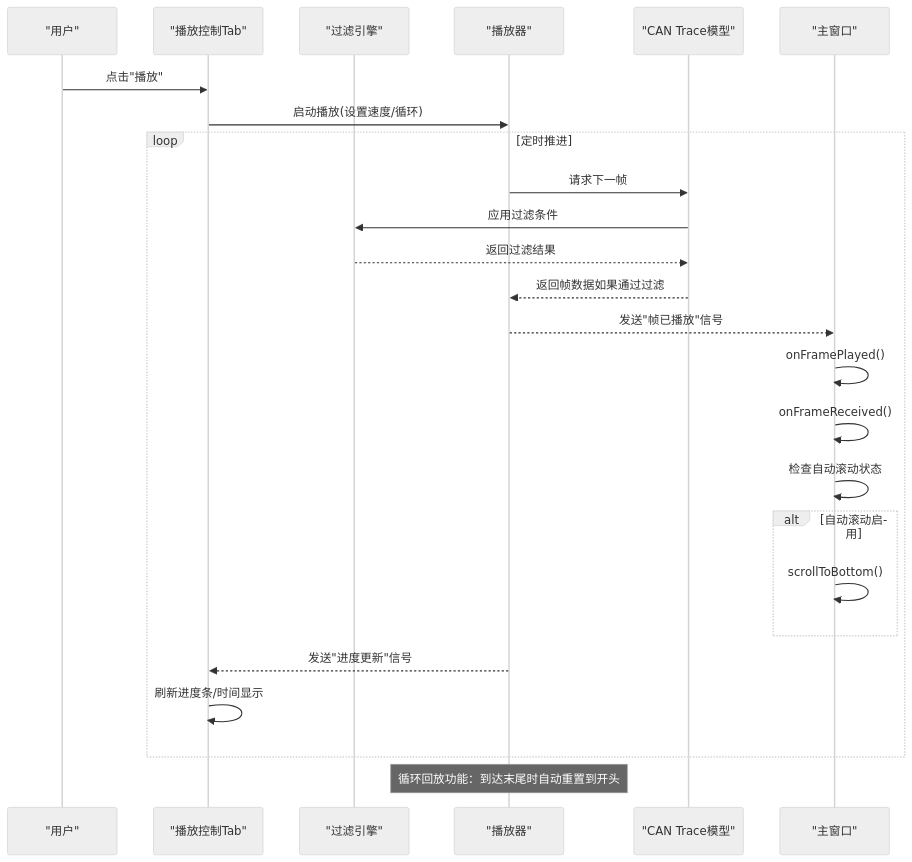
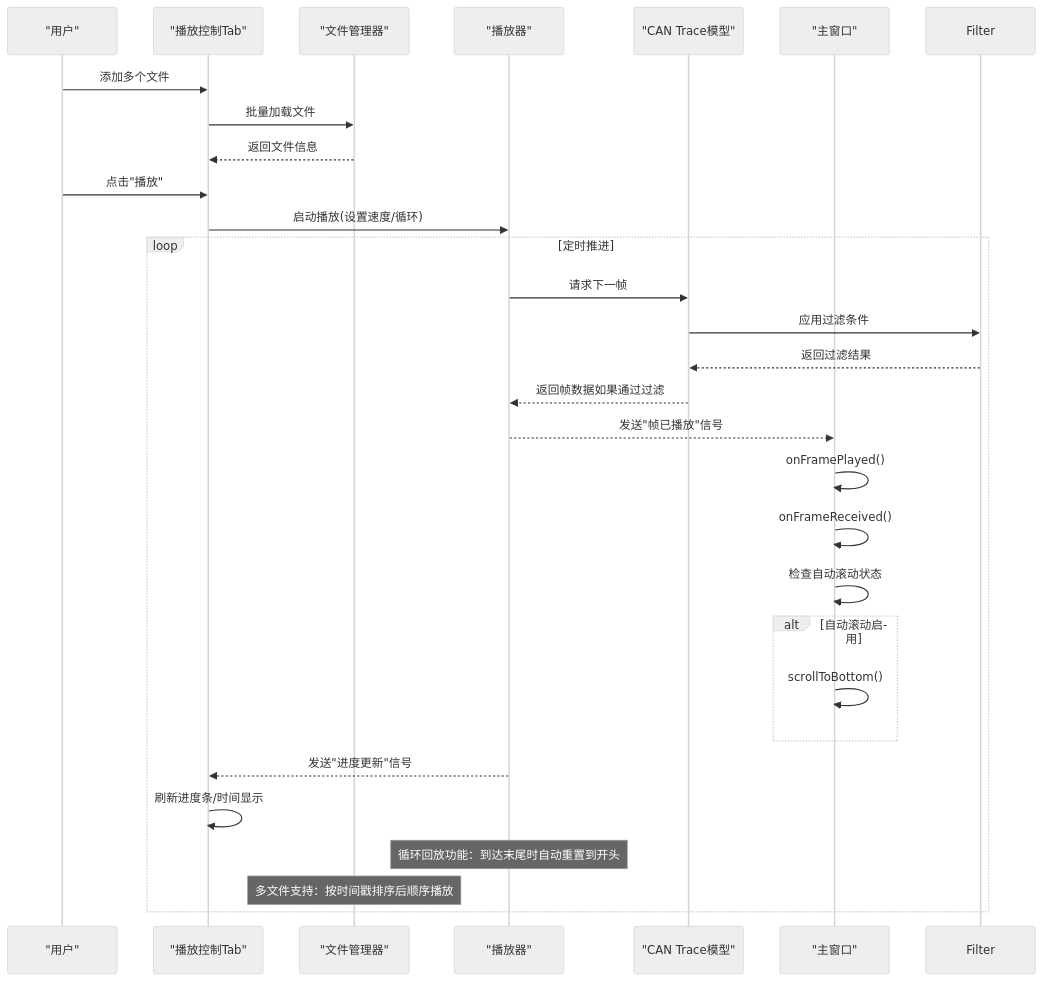
Before and after one commit to jakecai1225-design/OpenBus: the second of 7 diagrams in .qoder/repowiki/zh/content/架构设计/UI系统设计/播放控制Tab组件.md, drawn with Mermaid (neutral theme). The commit also changed other lines of this file and 15 other files, not shown here.

````diff
--- a/.qoder/repowiki/zh/content/架构设计/UI系统设计/播放控制Tab组件.md
+++ b/.qoder/repowiki/zh/content/架构设计/UI系统设计/播放控制Tab组件.md
@@ -131,27 +141,31 @@
 ```mermaid
 sequenceDiagram
 participant User as "用户"
 participant Tab as "播放控制Tab"
-participant Filter as "过滤引擎"
+participant FileMgr as "文件管理器"
 participant Player as "播放器"
 participant Model as "CAN Trace模型"
 participant MainWindow as "主窗口"
+User->>Tab : 添加多个文件
+Tab->>FileMgr : 批量加载文件
+FileMgr-->>Tab : 返回文件信息
 User->>Tab : 点击"播放"
 Tab->>Player : 启动播放(设置速度/循环)
 loop 定时推进
 Player->>Model : 请求下一帧
 Model->>Filter : 应用过滤条件
 Filter-->>Model : 返回过滤结果
 Model-->>Player : 返回帧数据如果通过过滤
 Player-->>MainWindow : 发送"帧已播放"信号
 MainWindow->>MainWindow : onFramePlayed()
 MainWindow->>MainWindow : onFrameReceived()
 MainWindow->>MainWindow : 检查自动滚动状态
 alt 自动滚动启用
 MainWindow->>MainWindow : scrollToBottom()
 end
 Player-->>Tab : 发送"进度更新"信号
 Tab->>Tab : 刷新进度条/时间显示
+Note over Player : 循环回放功能：到达末尾时自动重置到开头
+Note over FileMgr : 多文件支持：按时间戳排序后顺序播放
 end
-Note over Player : 循环回放功能：到达末尾时自动重置到开头
 ```
````
